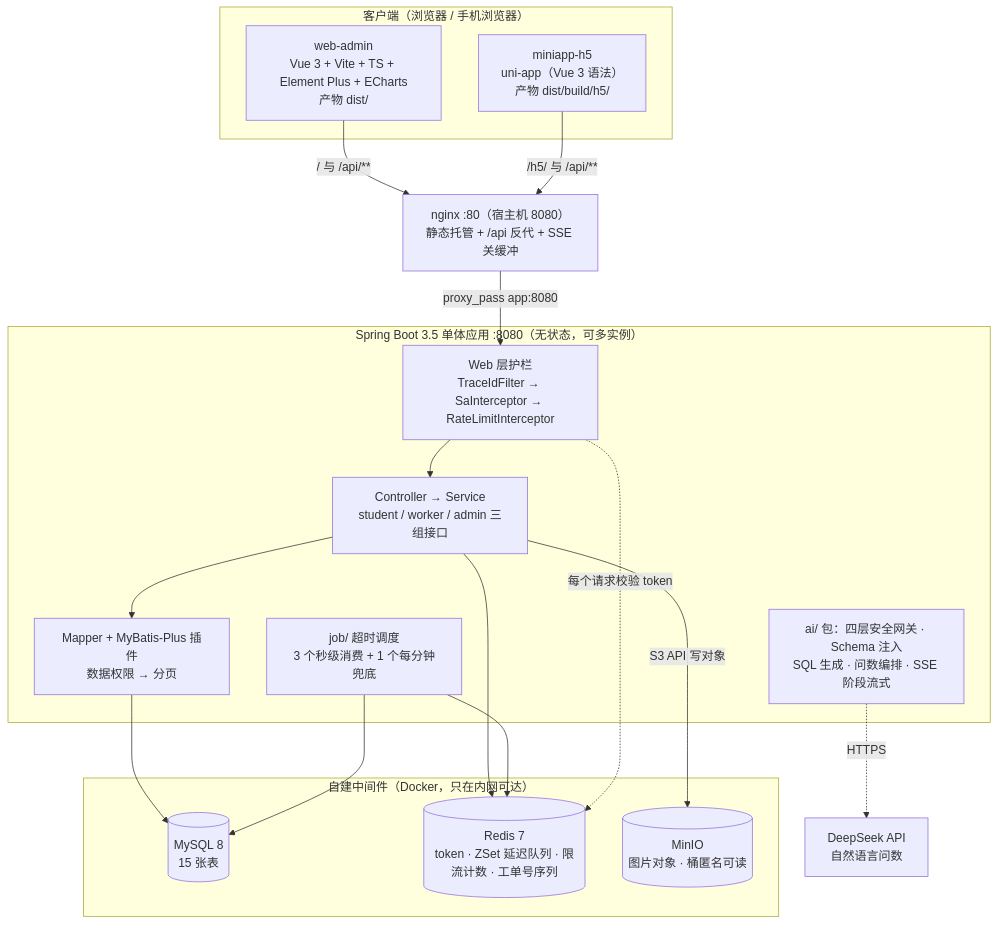
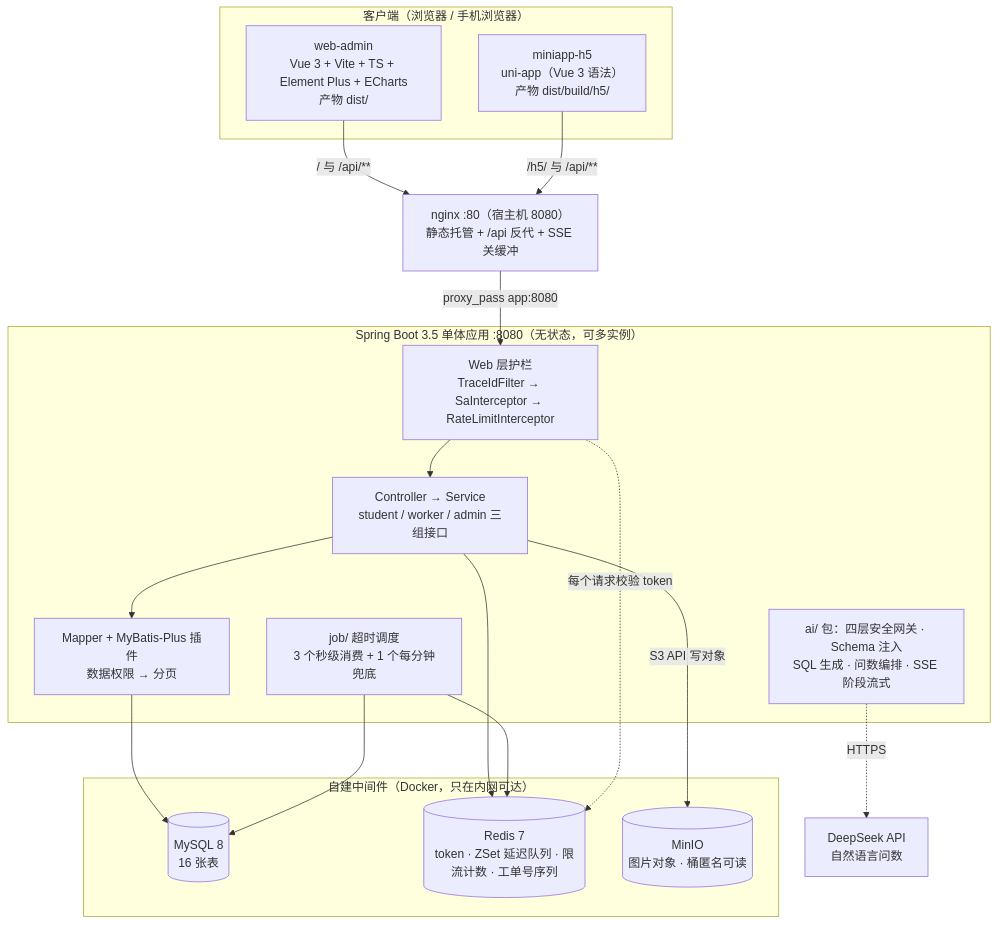
The second of 11 diagrams in docs/06-架构图.md (bluemalic/repair-platform), drawn with Mermaid before and after one commit. The commit also changed other lines of this file and 3 other files, not shown here.

````diff
--- a/docs/06-架构图.md
+++ b/docs/06-架构图.md
@@ -76,38 +76,38 @@
 ```mermaid
 flowchart TB
     subgraph client["客户端（浏览器 / 手机浏览器）"]
         adminApp["web-admin<br/>Vue 3 + Vite + TS + Element Plus + ECharts<br/>产物 dist/"]
         h5App["miniapp-h5<br/>uni-app（Vue 3 语法）<br/>产物 dist/build/h5/"]
     end
 
     nginx["nginx :80（宿主机 8080）<br/>静态托管 + /api 反代 + SSE 关缓冲"]
 
     subgraph boot["Spring Boot 3.5 单体应用 :8080（无状态，可多实例）"]
         guard["Web 层护栏<br/>TraceIdFilter → SaInterceptor → RateLimitInterceptor"]
         biz["Controller → Service<br/>student / worker / admin 三组接口"]
         orm["Mapper + MyBatis-Plus 插件<br/>数据权限 → 分页"]
         sched["job/ 超时调度<br/>3 个秒级消费 + 1 个每分钟兜底"]
         aiPkg["ai/ 包：四层安全网关 · Schema 注入<br/>SQL 生成 · 问数编排 · SSE 阶段流式"]
     end
 
     subgraph infra["自建中间件（Docker，只在内网可达）"]
-        mysql[("MySQL 8<br/>15 张表")]
+        mysql[("MySQL 8<br/>16 张表")]
         redis[("Redis 7<br/>token · ZSet 延迟队列 · 限流计数 · 工单号序列")]
         minio[("MinIO<br/>图片对象 · 桶匿名可读")]
     end
 
     deepseek["DeepSeek API<br/>自然语言问数"]
 
     adminApp -->|"/ 与 /api/**"| nginx
     h5App -->|"/h5/ 与 /api/**"| nginx
     nginx -->|"proxy_pass app:8080"| guard
     guard --> biz
     biz --> orm
     orm --> mysql
     biz --> redis
     biz -->|"S3 API 写对象"| minio
     sched --> redis
     sched --> mysql
     guard -.->|"每个请求校验 token"| redis
     aiPkg -.->|"HTTPS"| deepseek
 ```
````
